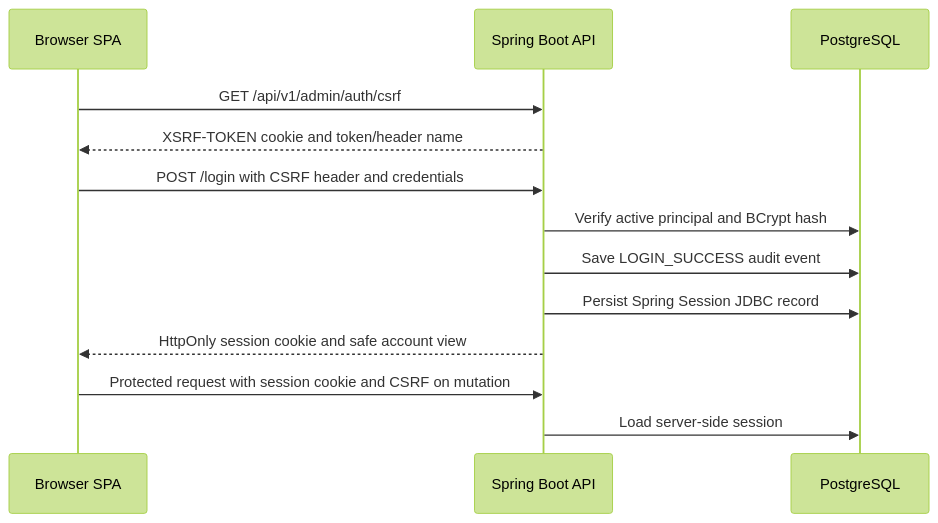
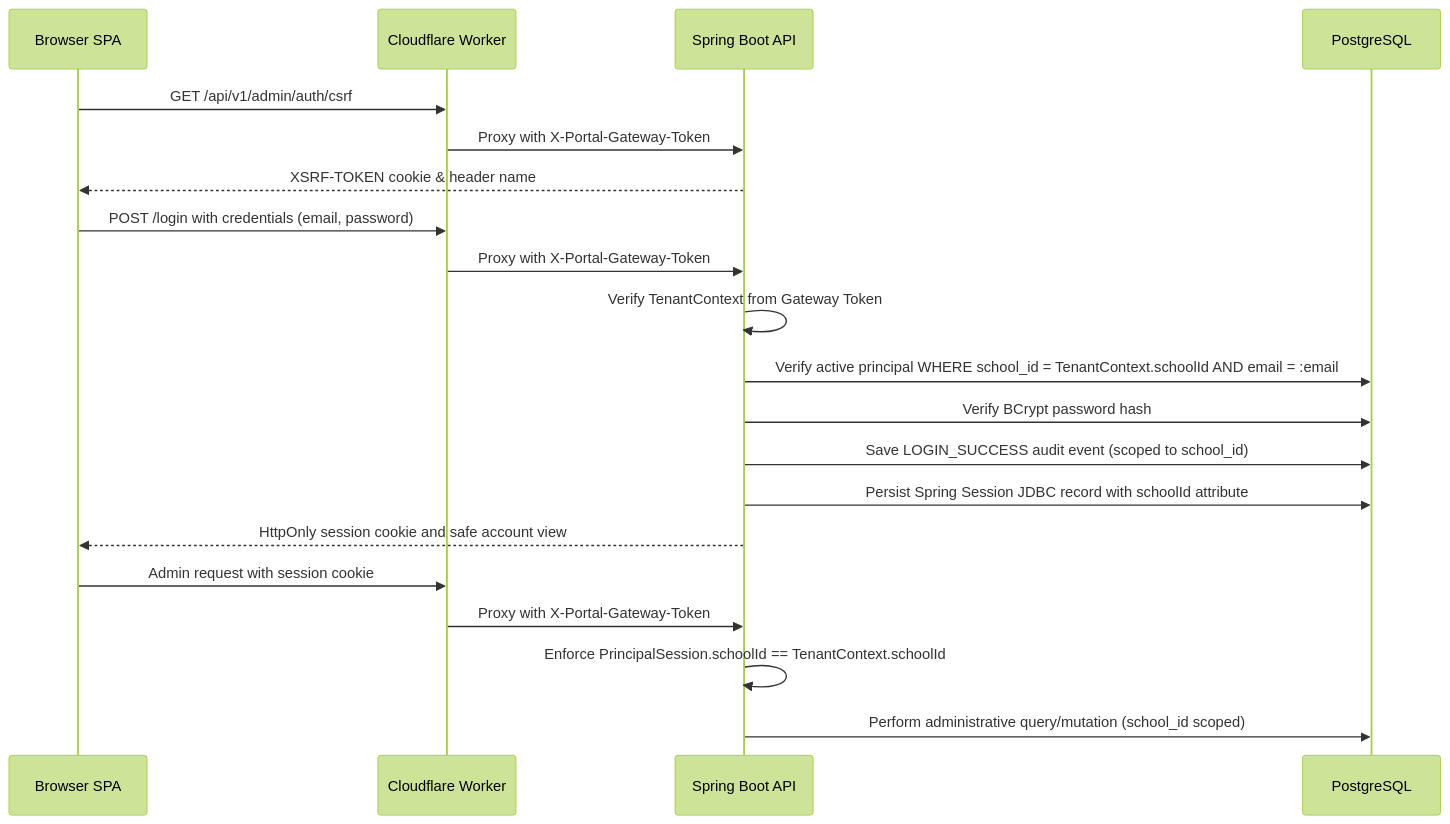
The second of 3 diagrams in docs/architecture/FLOW.md (Rorfost/school-platform), drawn with Mermaid (forest theme) before and after one commit. The commit also changed other lines of this file and 31 other files, not shown here.

````diff
--- a/docs/architecture/FLOW.md
+++ b/docs/architecture/FLOW.md
@@ -9,15 +30,22 @@
 ```mermaid
 sequenceDiagram
   participant B as Browser SPA
+  participant W as Cloudflare Worker
   participant A as Spring Boot API
   participant P as PostgreSQL
-  B->>A: GET /api/v1/admin/auth/csrf
-  A-->>B: XSRF-TOKEN cookie and token/header name
-  B->>A: POST /login with CSRF header and credentials
-  A->>P: Verify active principal and BCrypt hash
-  A->>P: Save LOGIN_SUCCESS audit event
-  A->>P: Persist Spring Session JDBC record
+  B->>W: GET /api/v1/admin/auth/csrf
+  W->>A: Proxy with X-Portal-Gateway-Token
+  A-->>B: XSRF-TOKEN cookie & header name
+  B->>W: POST /login with credentials (email, password)
+  W->>A: Proxy with X-Portal-Gateway-Token
+  A->>A: Verify TenantContext from Gateway Token
+  A->>P: Verify active principal WHERE school_id = TenantContext.schoolId AND email = :email
+  A->>P: Verify BCrypt password hash
+  A->>P: Save LOGIN_SUCCESS audit event (scoped to school_id)
+  A->>P: Persist Spring Session JDBC record with schoolId attribute
   A-->>B: HttpOnly session cookie and safe account view
-  B->>A: Protected request with session cookie and CSRF on mutation
-  A->>P: Load server-side session
+  B->>W: Admin request with session cookie
+  W->>A: Proxy with X-Portal-Gateway-Token
+  A->>A: Enforce PrincipalSession.schoolId == TenantContext.schoolId
+  A->>P: Perform administrative query/mutation (school_id scoped)
 ```
````
